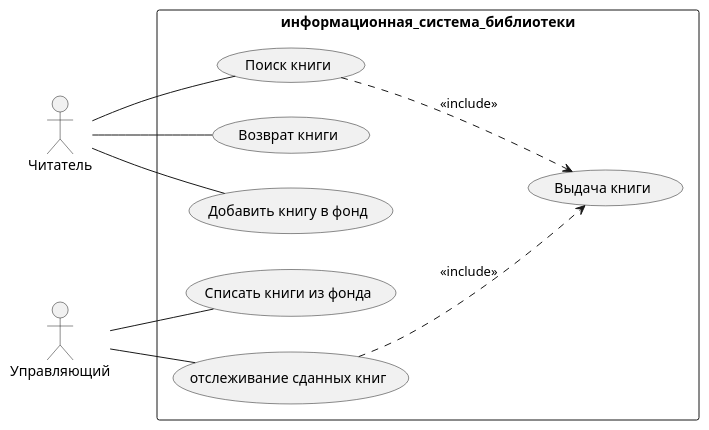
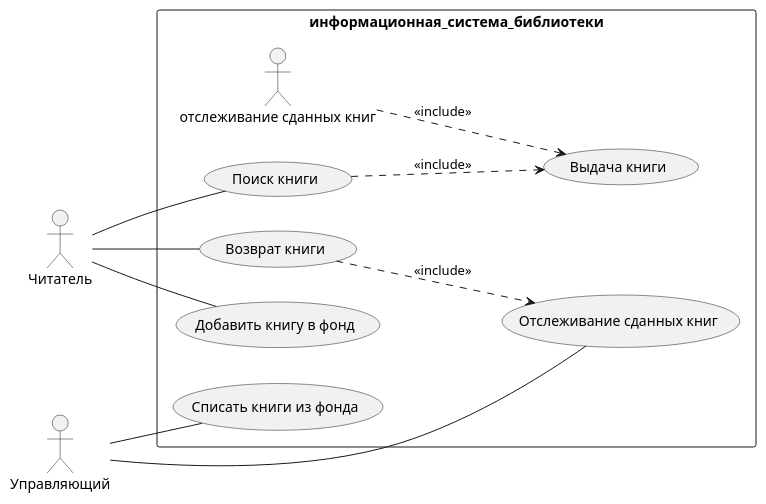
One commit to Evrey-or-Zizika/TMP changed the diagram in lab1.puml. Above: the diagram before and after it, drawn with PlantUML.

```diff
--- a/lab1.puml
+++ b/lab1.puml
@@ -1,15 +1,16 @@
 @startuml "Лабораторная работа 1"
 left to right direction 
 skinparam packageStyle rect
 actor Читатель
 actor Управляющий
 rectangle информационная_система_библиотеки {
 :Читатель: -- (Поиск книги)
 :Читатель: -- (Возврат книги)
 :Читатель: -- (Добавить книгу в фонд)
 :Поиск книги: ..> (Выдача книги):<<include>>
 :Управляющий: -- (Списать книги из фонда)
-:Управляющий: -- (отслеживание сданных книг)
+:Управляющий: -- (Отслеживание сданных книг)
 :отслеживание сданных книг: ..> (Выдача книги):<<include>>
+:Возврат книги: ..> (Отслеживание сданных книг):<<include>>
 }
 @enduml
```
